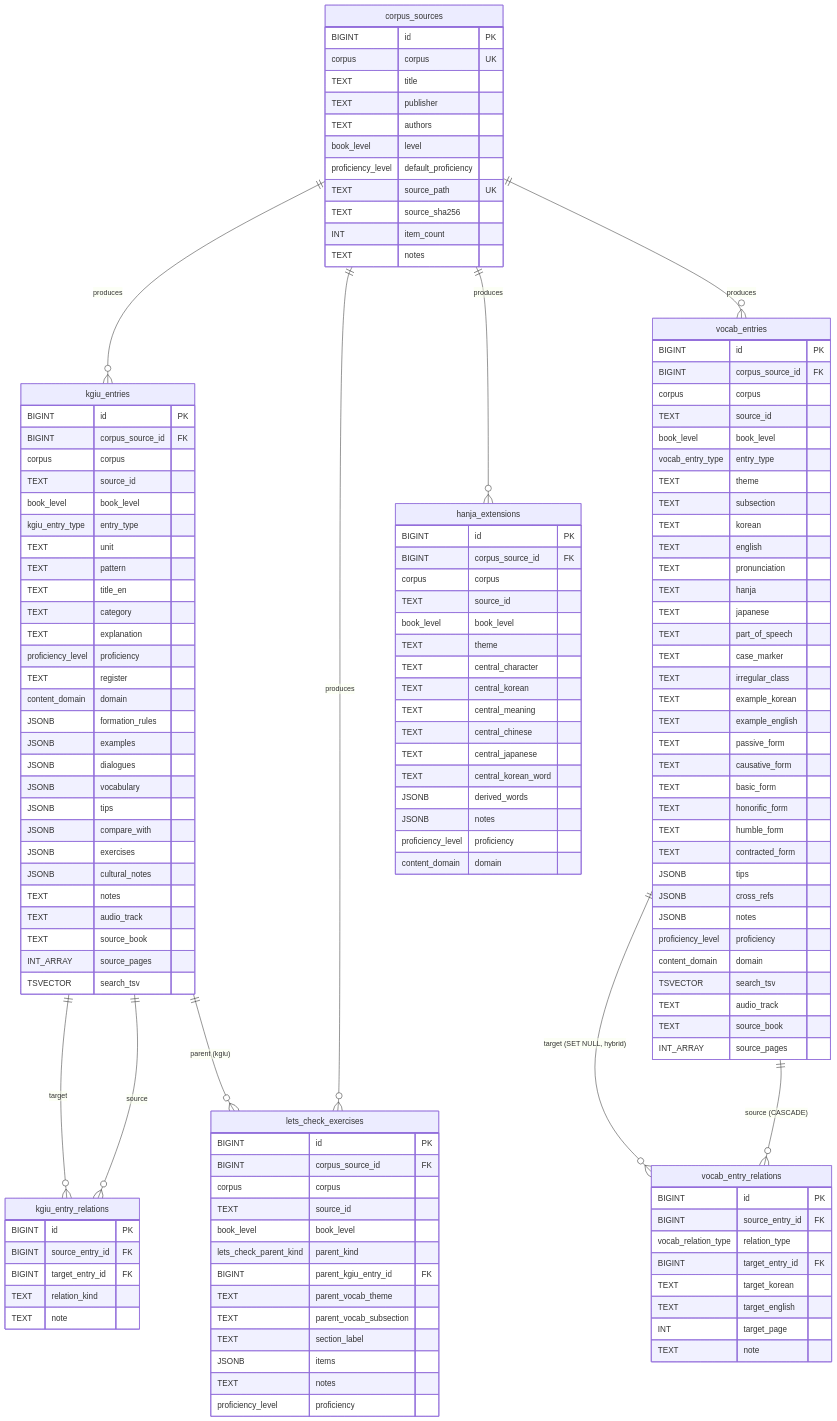
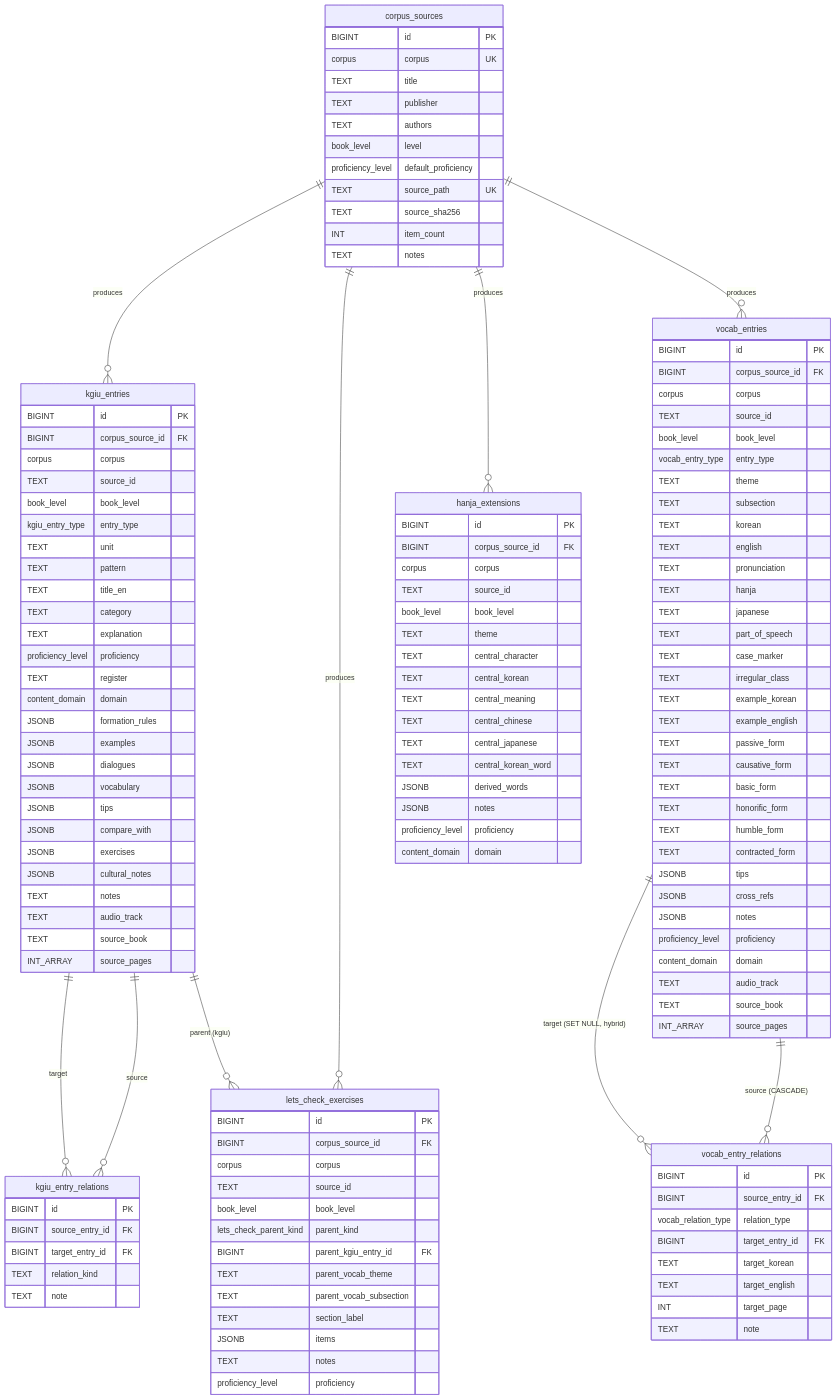
One commit to Jayrod-21/K-Learning-App changed the diagram in db/docs/erd-darakwon.md. Above: the diagram before and after it, drawn with Mermaid. The commit also changed other lines of this file and 7 other files, not shown here.

```diff
--- a/db/docs/erd-darakwon.md
+++ b/db/docs/erd-darakwon.md
@@ -99,7 +99,6 @@
         TEXT    audio_track
         TEXT    source_book
         INT_ARRAY source_pages
-        TSVECTOR search_tsv
     }
 
     kgiu_entry_relations {
@@ -140,7 +139,6 @@
         JSONB   notes
         proficiency_level proficiency
         content_domain domain
-        TSVECTOR search_tsv
         TEXT    audio_track
         TEXT    source_book
         INT_ARRAY source_pages
```
